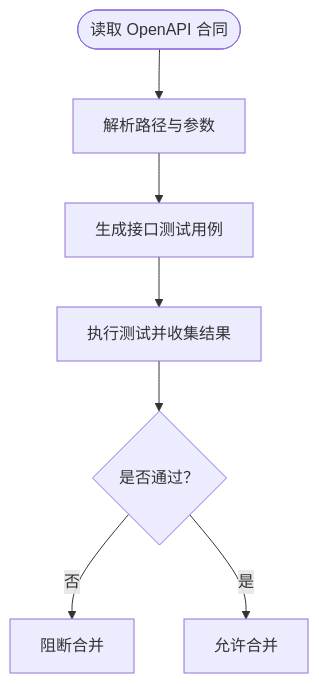
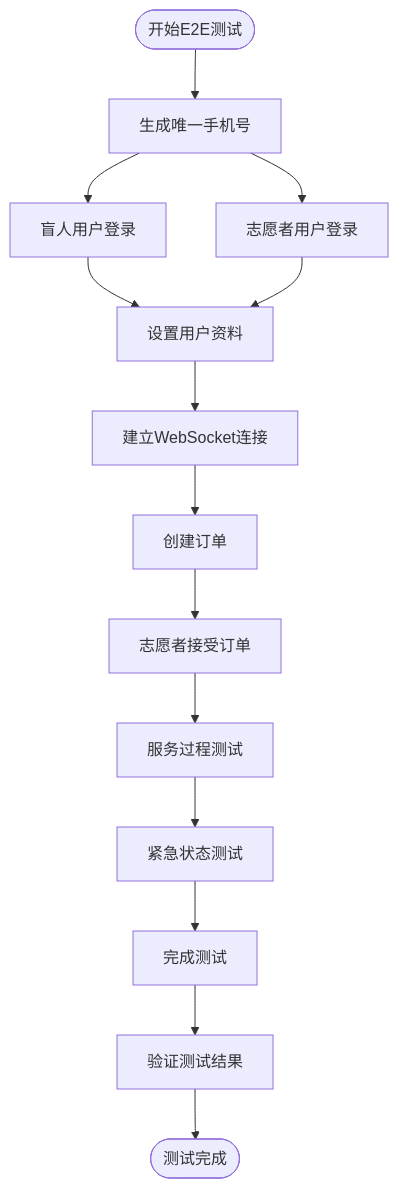
Before and after one commit to Jayden23018/blind-run-ios: the sixth of 7 diagrams in .qoder/repowiki/zh/content/测试策略/测试自动化与持续集成.md, drawn with Mermaid. The commit also changed other lines of this file and 23 other files, not shown here.

Commit message:
Implement MVP booking and volunteer flow updates

````diff
--- a/.qoder/repowiki/zh/content/测试策略/测试自动化与持续集成.md
+++ b/.qoder/repowiki/zh/content/测试策略/测试自动化与持续集成.md
@@ -171,9 +282,16 @@
 ```mermaid
 flowchart TD
-Start(["读取 OpenAPI 合同"]) --> Parse["解析路径与参数"]
-Parse --> Gen["生成接口测试用例"]
-Gen --> Exec["执行测试并收集结果"]
-Exec --> Eval{"是否通过？"}
-Eval --> |否| Block["阻断合并"]
-Eval --> |是| Pass["允许合并"]
+Start(["开始E2E测试"]) --> GeneratePhones["生成唯一手机号"]
+GeneratePhones --> LoginBlind["盲人用户登录"]
+GeneratePhones --> LoginVolunteer["志愿者用户登录"]
+LoginBlind --> SetupProfiles["设置用户资料"]
+LoginVolunteer --> SetupProfiles
+SetupProfiles --> ConnectWS["建立WebSocket连接"]
+ConnectWS --> CreateOrder["创建订单"]
+CreateOrder --> AcceptOrder["志愿者接受订单"]
+AcceptOrder --> ServiceProcess["服务过程测试"]
+ServiceProcess --> EmergencyTest["紧急状态测试"]
+EmergencyTest --> CompleteTest["完成测试"]
+CompleteTest --> ValidateResults["验证测试结果"]
+ValidateResults --> End(["测试完成"])
 ```
````
